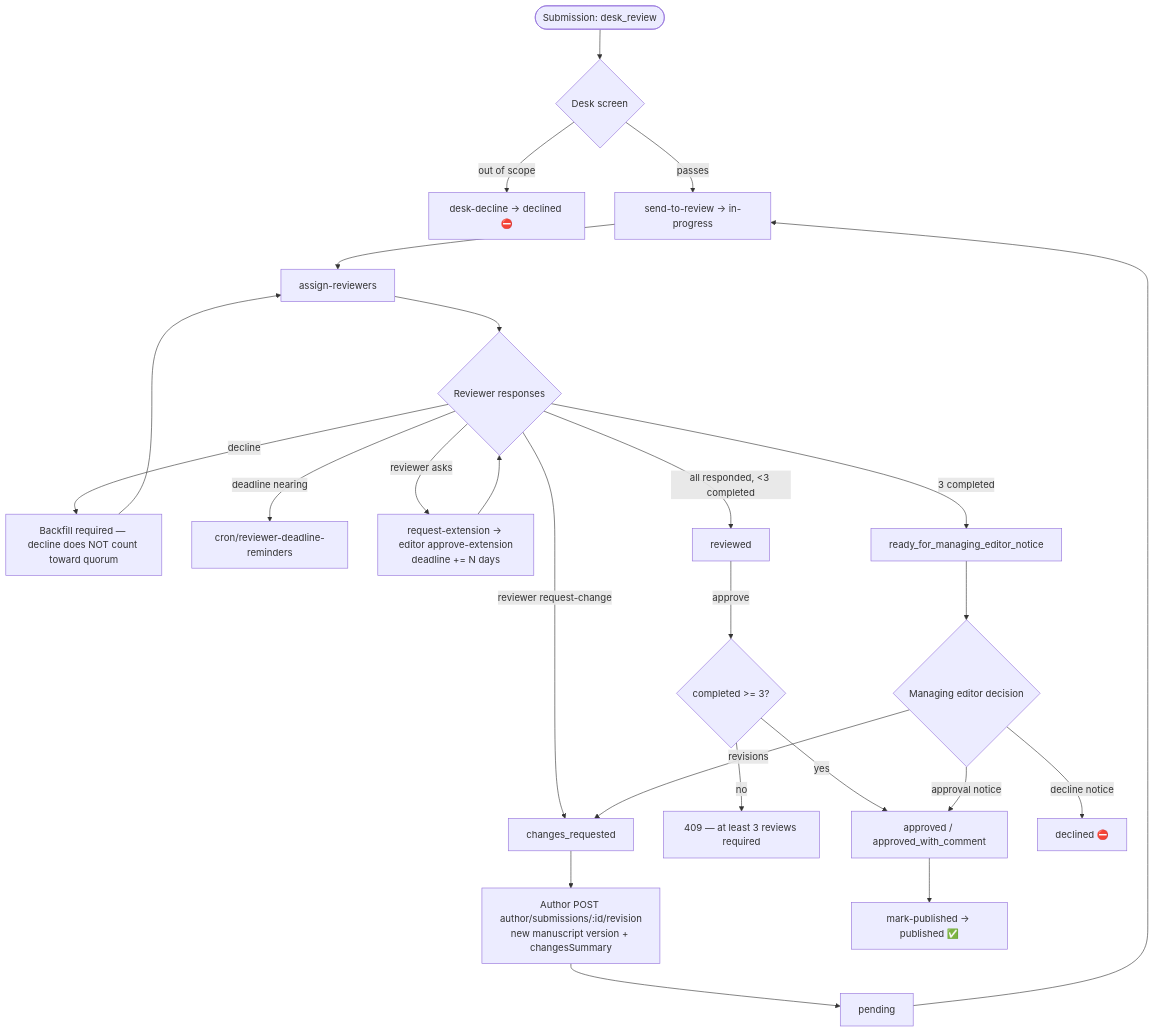
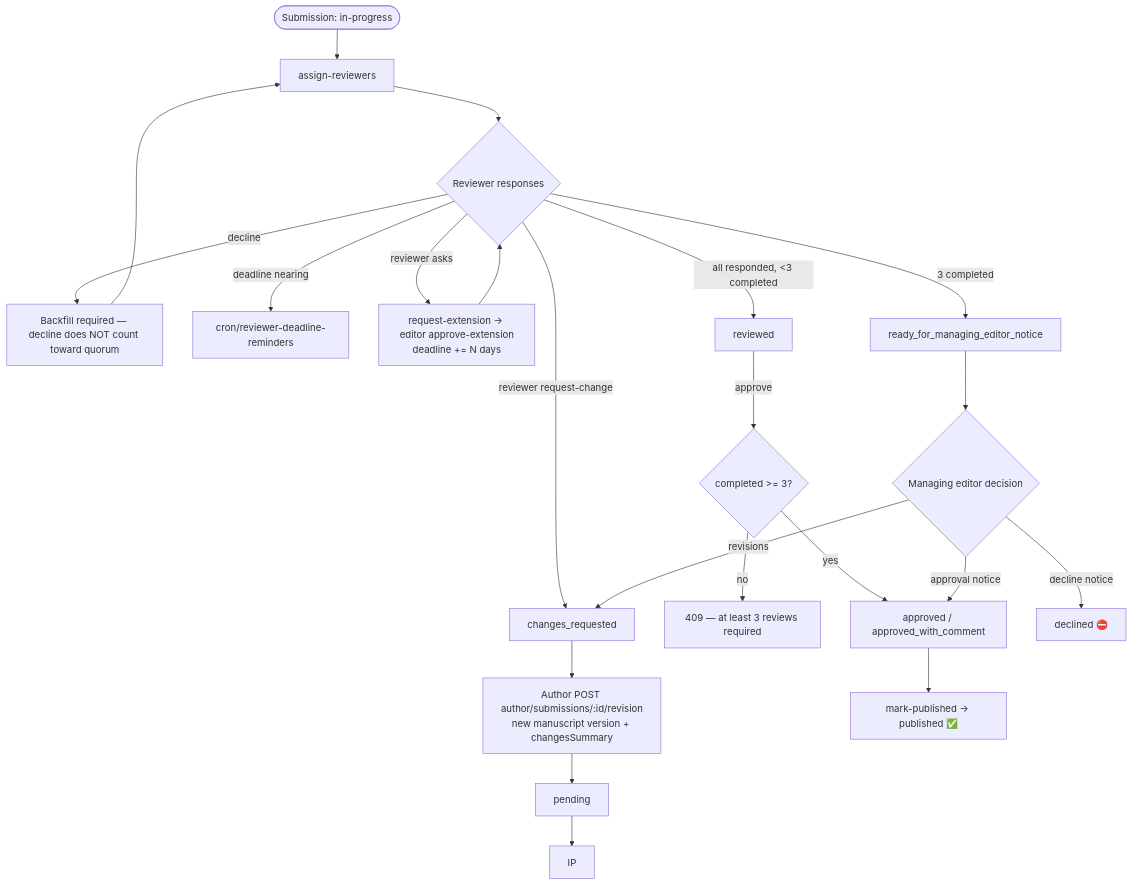
One commit to daaef/japr changed the fourth of 7 diagrams in docs/SYSTEM_FLOWS.md. Above: the diagram before and after it, drawn with Mermaid. The commit also changed other lines of this file and 71 other files, not shown here.

````diff
--- a/docs/SYSTEM_FLOWS.md
+++ b/docs/SYSTEM_FLOWS.md
@@ -122,32 +118,28 @@
 ```mermaid
 flowchart TD
-    S([Submission: desk_review]) --> D{Desk screen}
-    D -->|out of scope| DD[desk-decline → declined ⛔]
-    D -->|passes| IP[send-to-review → in-progress]
-
-    IP --> AR[assign-reviewers]
+    S([Submission: in-progress]) --> AR[assign-reviewers]
     AR --> RV{Reviewer responses}
 
     RV -->|decline| BF[Backfill required — decline does NOT count toward quorum]
     BF --> AR
     RV -->|deadline nearing| REM[cron/reviewer-deadline-reminders]
     RV -->|reviewer asks| EXT[request-extension → editor approve-extension<br/>deadline += N days]
     EXT --> RV
     RV -->|reviewer request-change| CR
     RV -->|3 completed| RN[ready_for_managing_editor_notice]
     RV -->|all responded, <3 completed| RVD[reviewed]
 
     RVD -->|approve| GUARD{completed >= 3?}
     GUARD -->|no| ERR[409 — at least 3 reviews required]
     GUARD -->|yes| APP
 
     RN --> DEC{Managing editor decision}
     DEC -->|approval notice| APP[approved / approved_with_comment]
     DEC -->|decline notice| DEC2[declined ⛔]
     DEC -->|revisions| CR[changes_requested]
 
     CR --> REVIS[Author POST author/submissions/:id/revision<br/>new manuscript version + changesSummary]
     REVIS --> PEND[pending] --> IP
 
     APP --> PUB[mark-published → published ✅]
 ```
````
